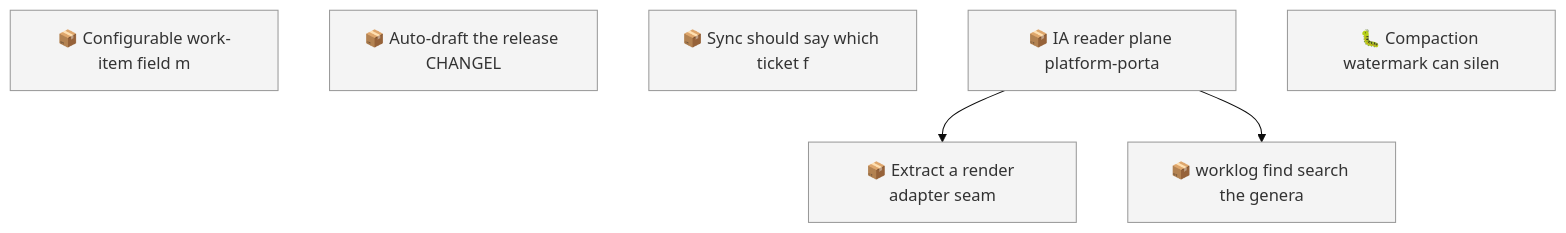
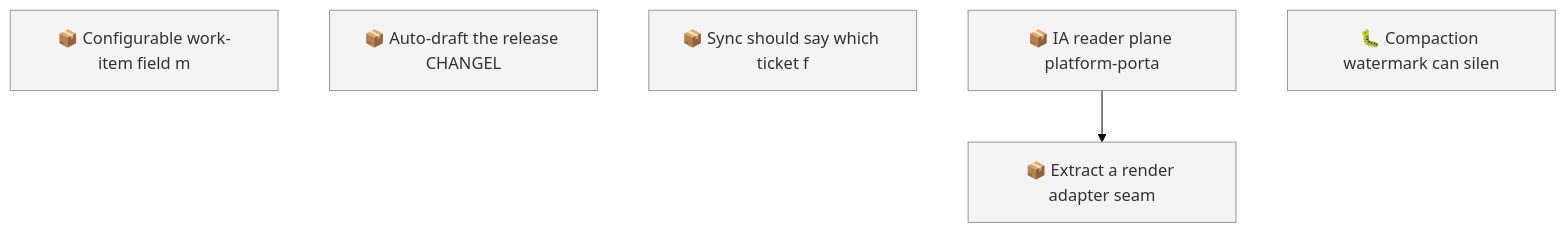
Before and after one commit to SpillwaveSolutions/wiki_ticket_sdd: the first of 2 diagrams in docs/roadmap.md, drawn with Mermaid (base theme). The commit also changed other lines of this file and 12 other files, not shown here.

````diff
--- a/docs/roadmap.md
+++ b/docs/roadmap.md
@@ -52,14 +51,12 @@
 ```mermaid
 graph TD
     01KY5NE0ZYGBWG44N0KPEBFCZ8["📦 Configurable work-item field m"]
     01KYAC0AC01R4C6W7YY1X8NVRV["📦 Auto-draft the release CHANGEL"]
     01KYNHEVDSD4BTASXCTV88Q80Q["📦 Sync should say which ticket f"]
     01KYWGM3KPNQNSWV03FRG23ADB["📦 IA reader plane platform-porta"]
     01KYWGM3R13Q33YZ3PJA3V7QMD["📦 Extract a render adapter seam"]
-    01KYWGM3W958F3QK4HB52X1Q1X["📦 worklog find search the genera"]
     01KYZ5CY9PS60BYH1E07DF5C9P["🐛 Compaction watermark can silen"]
     01KYWGM3KPNQNSWV03FRG23ADB --> 01KYWGM3R13Q33YZ3PJA3V7QMD
-    01KYWGM3KPNQNSWV03FRG23ADB --> 01KYWGM3W958F3QK4HB52X1Q1X
     classDef todo fill:#f4f4f4,stroke:#999999
-    class 01KY5NE0ZYGBWG44N0KPEBFCZ8,01KYAC0AC01R4C6W7YY1X8NVRV,01KYNHEVDSD4BTASXCTV88Q80Q,01KYWGM3KPNQNSWV03FRG23ADB,01KYWGM3R13Q33YZ3PJA3V7QMD,01KYWGM3W958F3QK4HB52X1Q1X,01KYZ5CY9PS60BYH1E07DF5C9P todo
+    class 01KY5NE0ZYGBWG44N0KPEBFCZ8,01KYAC0AC01R4C6W7YY1X8NVRV,01KYNHEVDSD4BTASXCTV88Q80Q,01KYWGM3KPNQNSWV03FRG23ADB,01KYWGM3R13Q33YZ3PJA3V7QMD,01KYZ5CY9PS60BYH1E07DF5C9P todo
 ```
````
